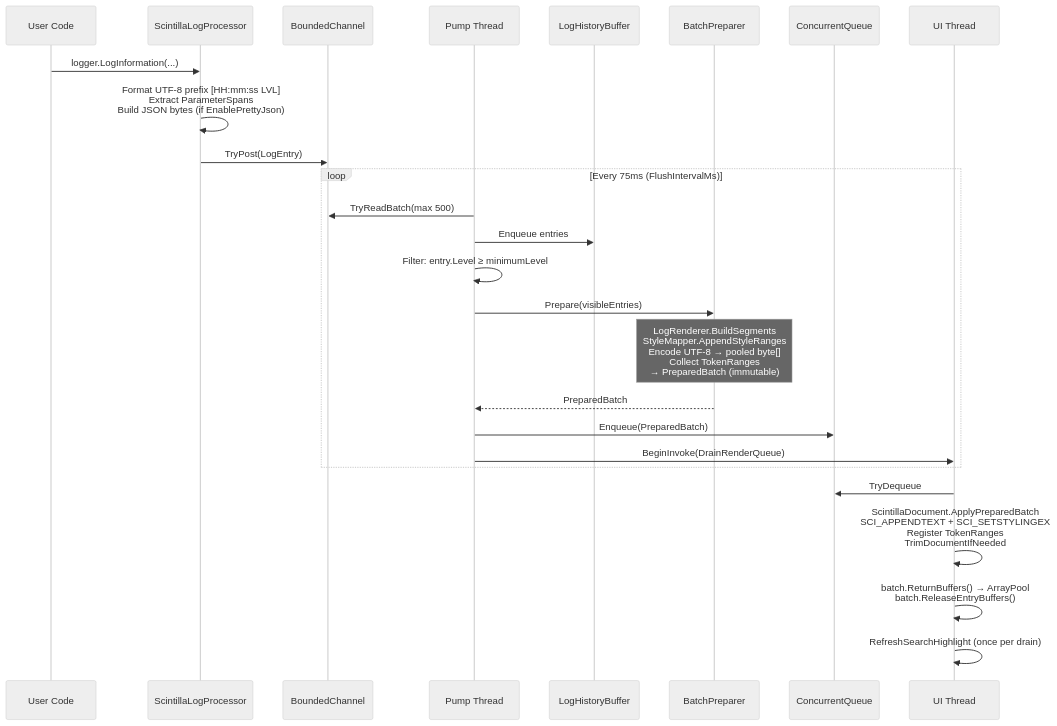
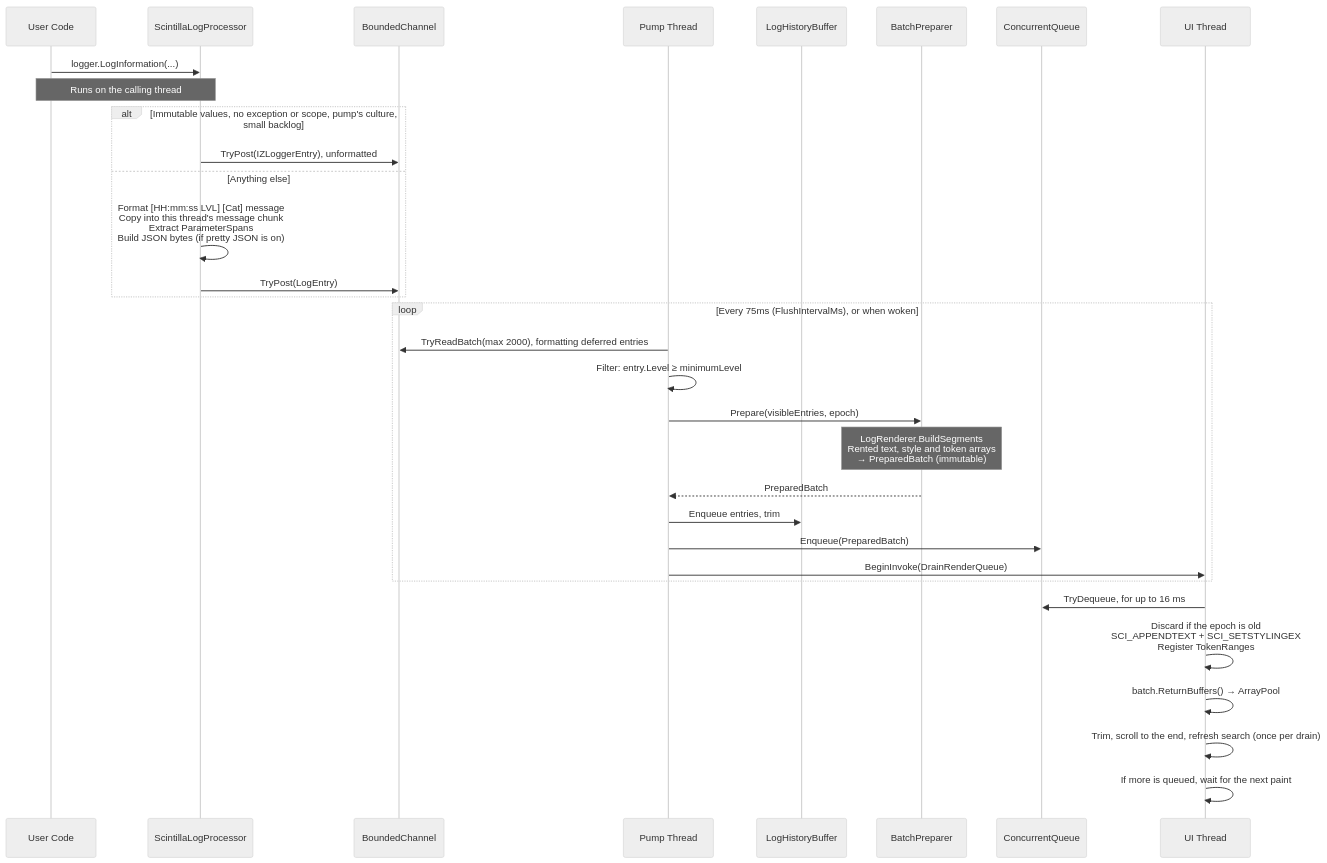
One commit to trgiangv/ZLogger.Scintilla changed the second of 8 diagrams in docs/architecture.md. Above: the diagram before and after it, drawn with Mermaid (neutral theme). The commit also changed other lines of this file and 6 other files, not shown here.

````diff
--- a/docs/architecture.md
+++ b/docs/architecture.md
@@ -84,31 +89,37 @@
 ```mermaid
 sequenceDiagram
     participant App as User Code
     participant Proc as ScintillaLogProcessor
     participant Chan as BoundedChannel
     participant Pump as Pump Thread
     participant Hist as LogHistoryBuffer
     participant Prep as BatchPreparer
     participant Queue as ConcurrentQueue
     participant UI as UI Thread
 
     App->>Proc: logger.LogInformation(...)
-    Proc->>Proc: Format UTF-8 prefix [HH:mm:ss LVL]<br/>Extract ParameterSpans<br/>Build JSON bytes (if EnablePrettyJson)
-    Proc->>Chan: TryPost(LogEntry)
+    Note over App,Proc: Runs on the calling thread
+    alt Immutable values, no exception or scope, pump's culture, small backlog
+        Proc->>Chan: TryPost(IZLoggerEntry), unformatted
+    else Anything else
+        Proc->>Proc: Format [HH:mm:ss LVL] [Cat] message<br/>Copy into this thread's message chunk<br/>Extract ParameterSpans<br/>Build JSON bytes (if pretty JSON is on)
+        Proc->>Chan: TryPost(LogEntry)
+    end
 
-    loop Every 75ms (FlushIntervalMs)
-        Pump->>Chan: TryReadBatch(max 500)
-        Pump->>Hist: Enqueue entries
+    loop Every 75ms (FlushIntervalMs), or when woken
+        Pump->>Chan: TryReadBatch(max 2000), formatting deferred entries
         Pump->>Pump: Filter: entry.Level ≥ minimumLevel
-        Pump->>Prep: Prepare(visibleEntries)
-        Note over Prep: LogRenderer.BuildSegments<br/>StyleMapper.AppendStyleRanges<br/>Encode UTF-8 → pooled byte[]<br/>Collect TokenRanges<br/>→ PreparedBatch (immutable)
+        Pump->>Prep: Prepare(visibleEntries, epoch)
+        Note over Prep: LogRenderer.BuildSegments<br/>Rented text, style and token arrays<br/>→ PreparedBatch (immutable)
         Prep-->>Pump: PreparedBatch
+        Pump->>Hist: Enqueue entries, trim
         Pump->>Queue: Enqueue(PreparedBatch)
         Pump->>UI: BeginInvoke(DrainRenderQueue)
     end
 
-    UI->>Queue: TryDequeue
-    UI->>UI: ScintillaDocument.ApplyPreparedBatch<br/>SCI_APPENDTEXT + SCI_SETSTYLINGEX<br/>Register TokenRanges<br/>TrimDocumentIfNeeded
-    UI->>UI: batch.ReturnBuffers() → ArrayPool<br/>batch.ReleaseEntryBuffers()
-    UI->>UI: RefreshSearchHighlight (once per drain)
+    UI->>Queue: TryDequeue, for up to 16 ms
+    UI->>UI: Discard if the epoch is old<br/>SCI_APPENDTEXT + SCI_SETSTYLINGEX<br/>Register TokenRanges
+    UI->>UI: batch.ReturnBuffers() → ArrayPool
+    UI->>UI: Trim, scroll to the end, refresh search (once per drain)
+    UI->>UI: If more is queued, wait for the next paint
 ```
````
